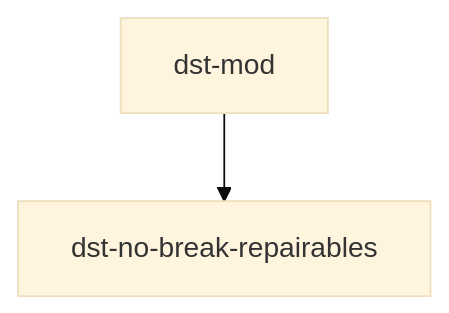
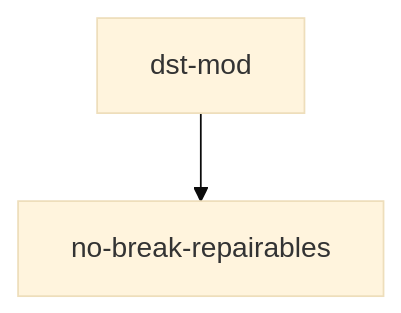
Before and after one commit to jimuyang/dst-mod: the diagram in README.md, drawn with Mermaid (base theme). The commit also changed other lines of this file and 6 other files, not shown here.

Commit message:
Rename mod directory to no-break-repairables

````diff
--- a/README.md
+++ b/README.md
@@ -5,5 +5,5 @@
 ```mermaid
 flowchart TD
     accTitle: DST Mods 仓库结构
-    A[dst-mod] --> B[dst-no-break-repairables]
+    A[dst-mod] --> B[no-break-repairables]
 ```
````
